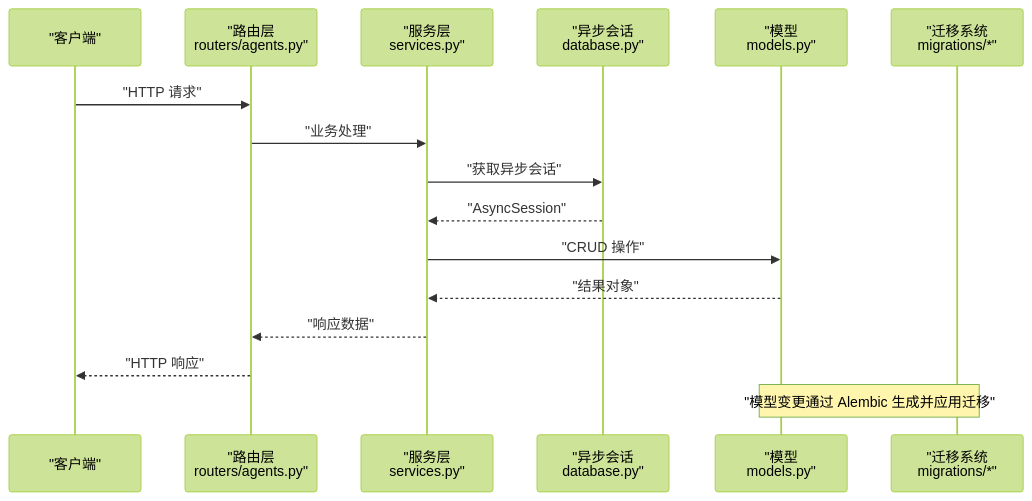
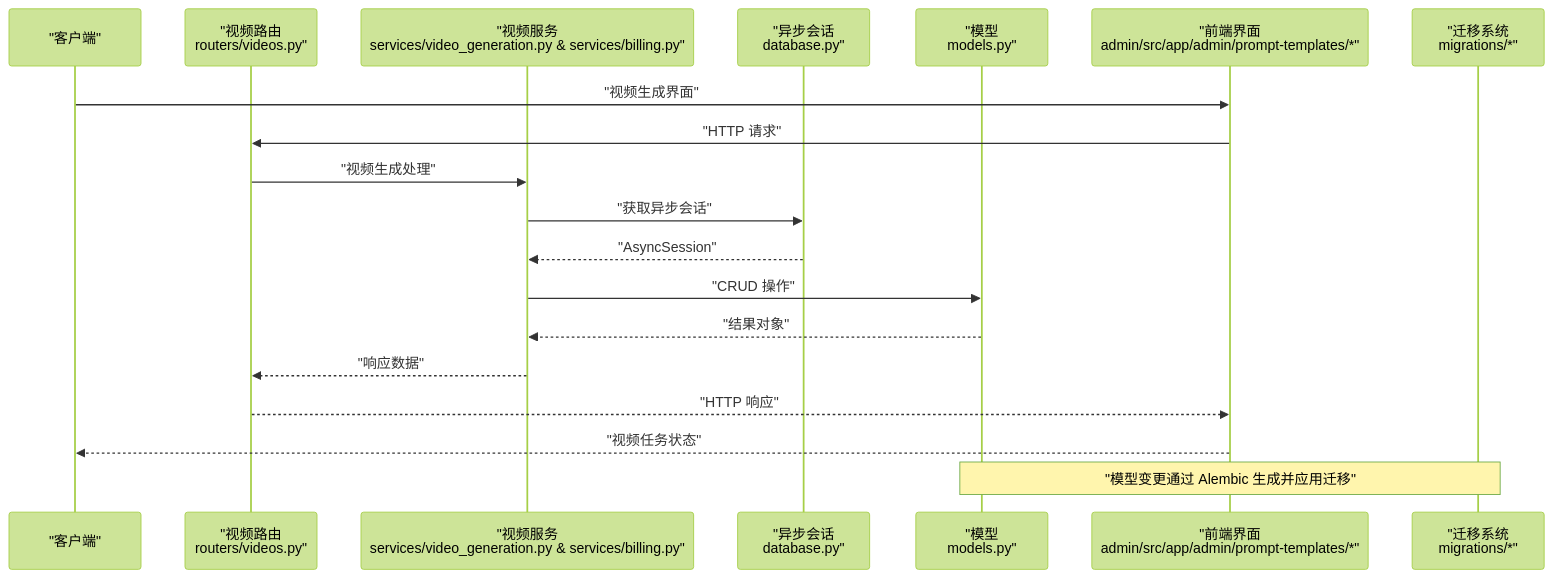
The second of 5 diagrams in .qoder/repowiki/zh/content/后端开发指南/数据库模型设计.md (KunLabAI/KunFlix), drawn with Mermaid (forest theme) before and after one commit. The commit also changed other lines of this file and 25 other files, not shown here.

````diff
--- a/.qoder/repowiki/zh/content/后端开发指南/数据库模型设计.md
+++ b/.qoder/repowiki/zh/content/后端开发指南/数据库模型设计.md
@@ -108,18 +143,21 @@
 ```mermaid
 sequenceDiagram
 participant Client as "客户端"
-participant Router as "路由层<br/>routers/agents.py"
-participant Service as "服务层<br/>services.py"
+participant Router as "视频路由<br/>routers/videos.py"
+participant Service as "视频服务<br/>services/video_generation.py & services/billing.py"
 participant Session as "异步会话<br/>database.py"
 participant Model as "模型<br/>models.py"
+participant Frontend as "前端界面<br/>admin/src/app/admin/prompt-templates/*"
 participant Alembic as "迁移系统<br/>migrations/*"
-Client->>Router : "HTTP 请求"
-Router->>Service : "业务处理"
+Client->>Frontend : "视频生成界面"
+Frontend->>Router : "HTTP 请求"
+Router->>Service : "视频生成处理"
 Service->>Session : "获取异步会话"
 Session-->>Service : "AsyncSession"
 Service->>Model : "CRUD 操作"
 Model-->>Service : "结果对象"
 Service-->>Router : "响应数据"
-Router-->>Client : "HTTP 响应"
+Router-->>Frontend : "HTTP 响应"
+Frontend-->>Client : "视频任务状态"
 Note over Alembic,Model : "模型变更通过 Alembic 生成并应用迁移"
 ```
````
